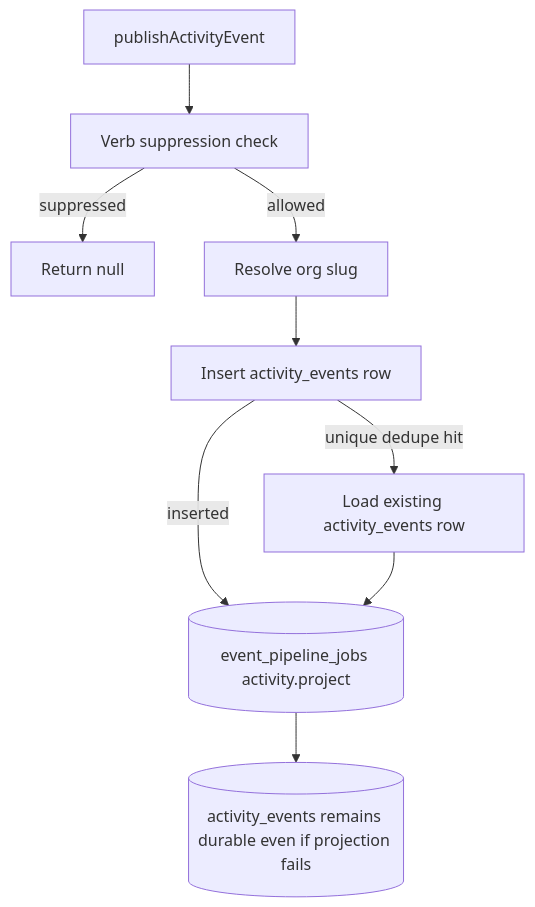
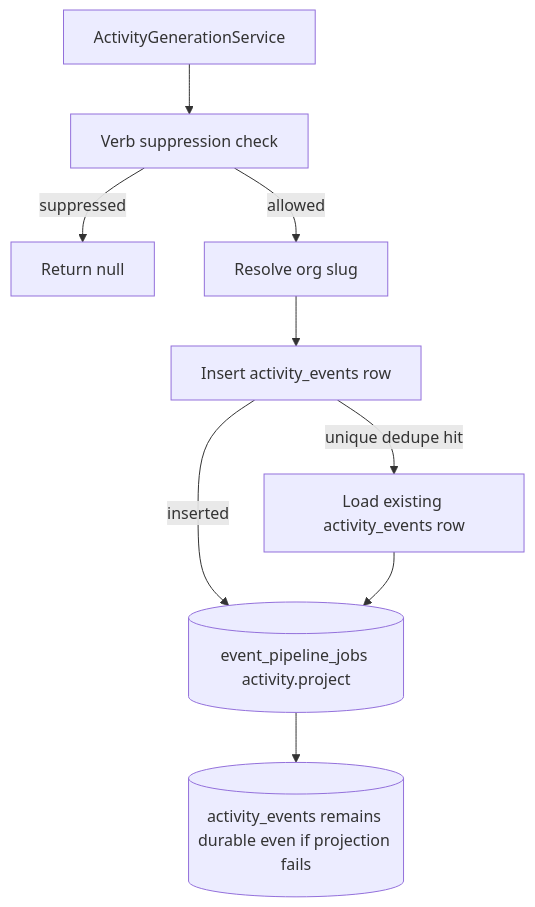
Before and after one commit to heidisoft/iconicedu-monorepo: the second of 4 diagrams in docs/architecture/activity-feed.md, drawn with Mermaid. The commit also changed other lines of this file and 8 other files, not shown here.

````diff
--- a/docs/architecture/activity-feed.md
+++ b/docs/architecture/activity-feed.md
@@ -31,11 +31,11 @@
 ```mermaid
 flowchart TD
-  Publish[publishActivityEvent] --> Suppression[Verb suppression check]
+  Generate[ActivityGenerationService] --> Suppression[Verb suppression check]
   Suppression -->|suppressed| Null[Return null]
   Suppression -->|allowed| OrgSlug[Resolve org slug]
   OrgSlug --> InsertEvent[Insert activity_events row]
   InsertEvent -->|unique dedupe hit| Existing[Load existing activity_events row]
   InsertEvent -->|inserted| ProjectJob[(event_pipeline_jobs activity.project)]
   Existing --> ProjectJob
   ProjectJob --> Durable[(activity_events remains durable even if projection fails)]
 ```
````
